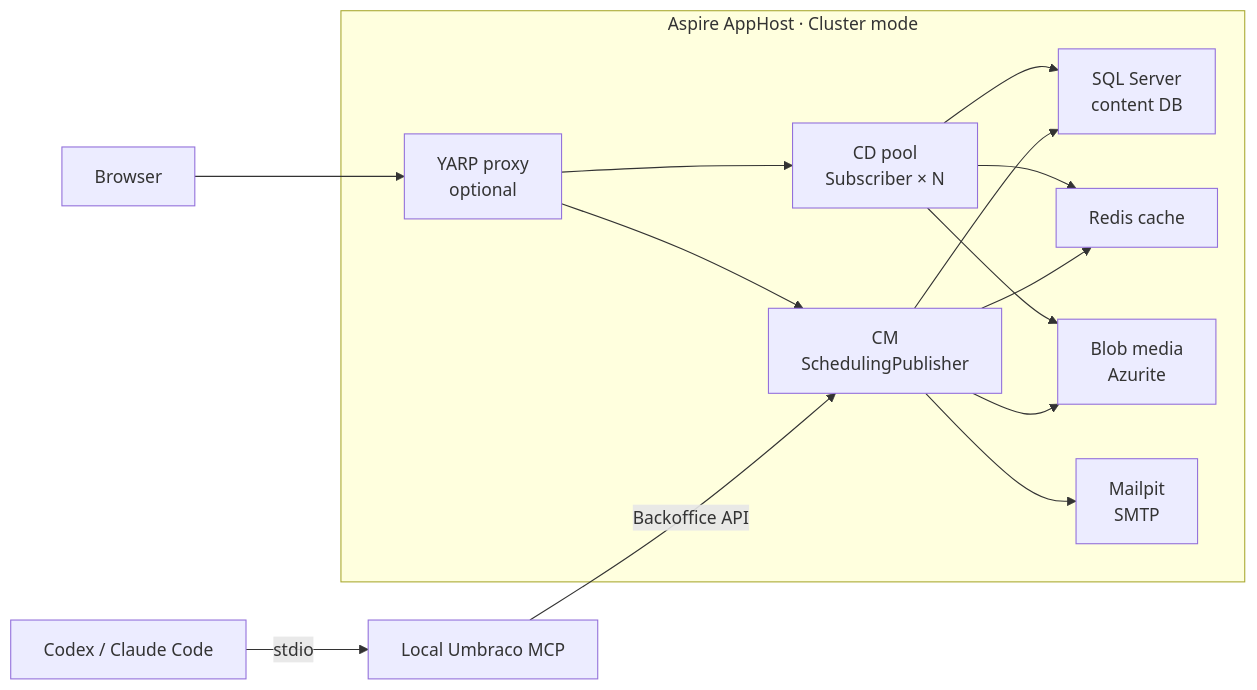
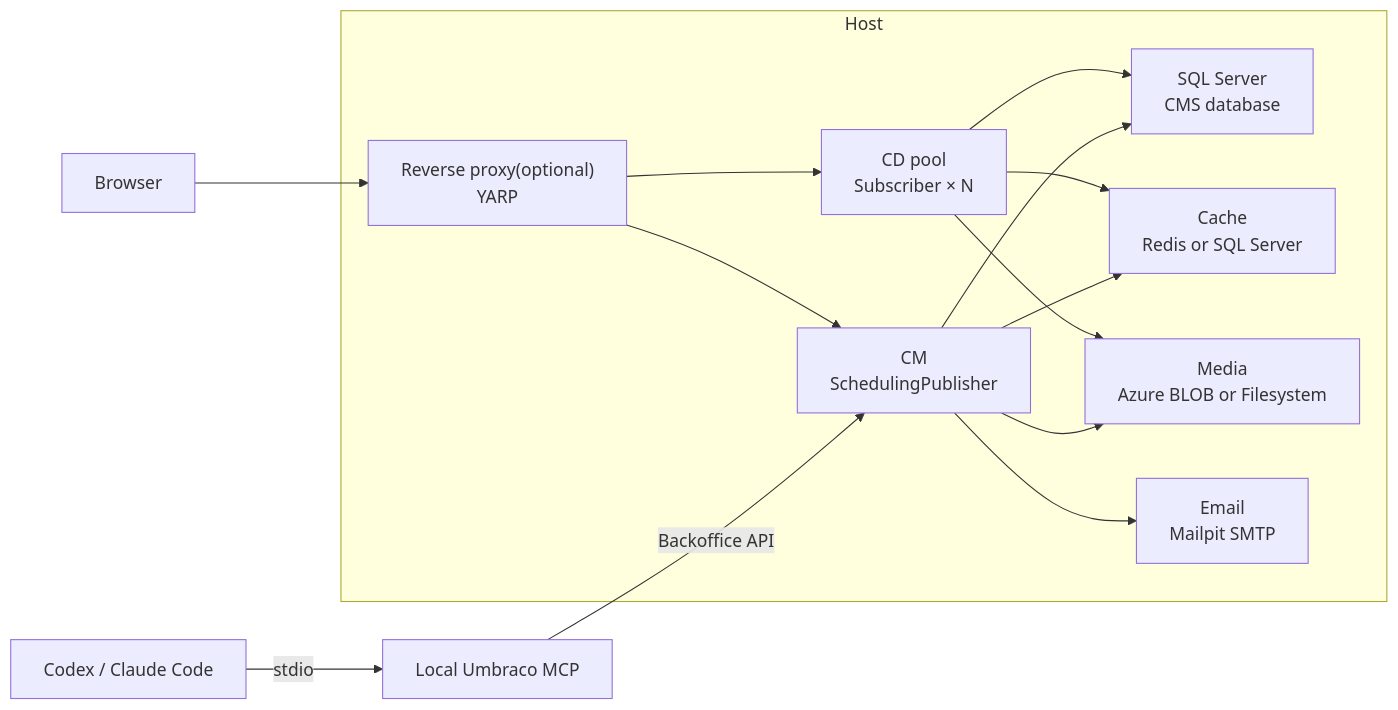
One commit to hallojoe/umbraco-topology changed the diagram in .github/README.md. Above: the diagram before and after it, drawn with Mermaid. The commit also changed other lines of this file, not shown here.

Commit message:
docs: add energetic topology introduction

````diff
--- a/.github/README.md
+++ b/.github/README.md
@@ -5,18 +9,18 @@
 ```mermaid
 flowchart LR
-    browser["Browser"] --> proxy["YARP proxy<br/>optional"]
+    browser["Browser"] --> proxy["Reverse proxy(optional)<br/>YARP"]
     agent["Codex / Claude Code"] -->|stdio| mcp["Local Umbraco MCP"]
     mcp -->|Backoffice API| cm
 
-    subgraph apphost["Aspire AppHost · Cluster mode"]
+    subgraph apphost["Host"]
         proxy --> cm["CM<br/>SchedulingPublisher"]
         proxy --> cd["CD pool<br/>Subscriber × N"]
-        cm --> sql["SQL Server<br/>content DB"]
+        cm --> sql["SQL Server<br/>CMS database"]
         cd --> sql
-        cm --> cache["Redis cache"]
+        cm --> cache["Cache<br/> Redis or SQL Server"]
         cd --> cache
-        cm --> media["Blob media<br/>Azurite"]
+        cm --> media["Media<br/>Azure BLOB or Filesystem"]
         cd --> media
-        cm --> mail["Mailpit<br/>SMTP"]
+        cm --> mail["Email<br/>Mailpit SMTP"]
     end
 ```
````
